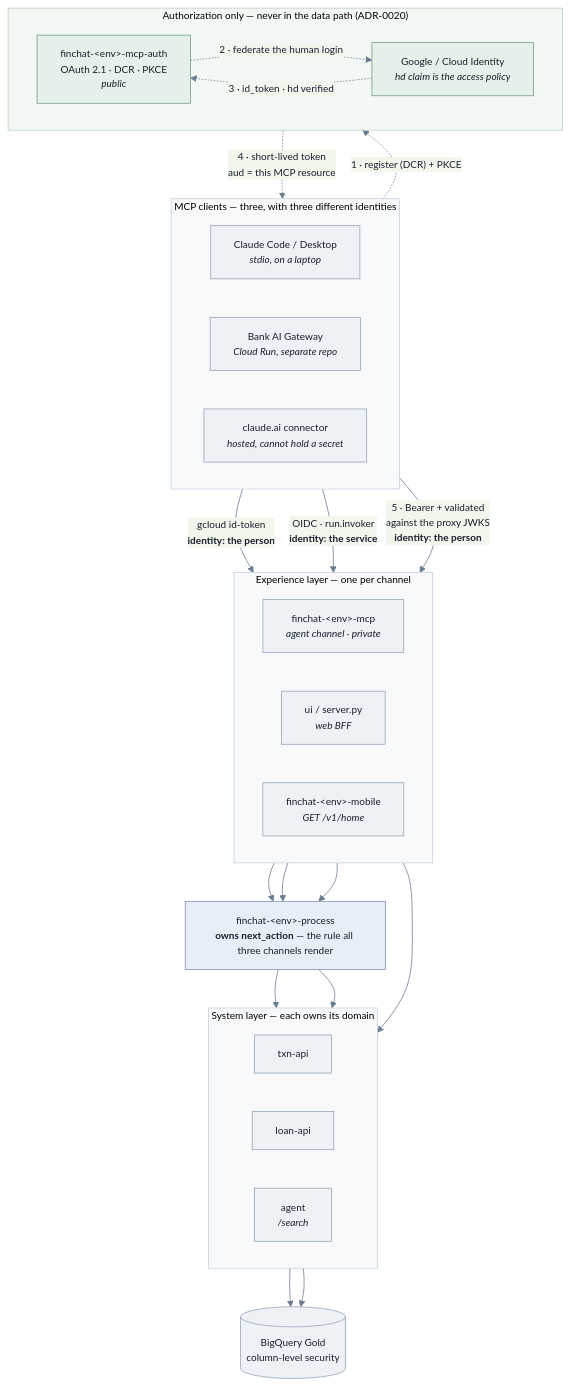
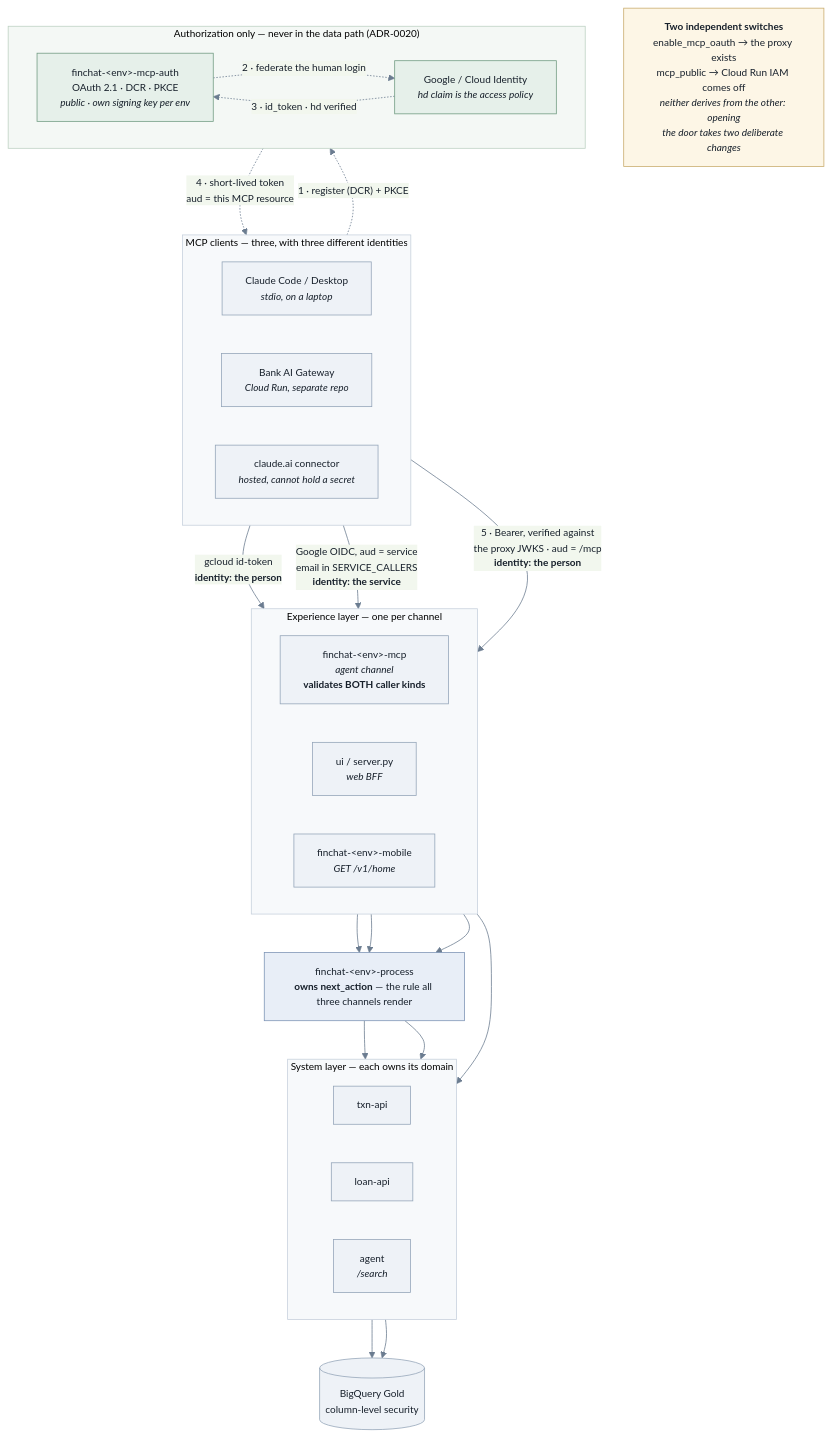
One commit to jeremydegardeyn/finchat changed the diagram in docs/diagrams/mcp-access-paths.mmd. Above: the diagram before and after it, drawn with Mermaid. The commit also changed 5 other files, not shown here.

```diff
--- a/docs/diagrams/mcp-access-paths.mmd
+++ b/docs/diagrams/mcp-access-paths.mmd
@@ -1,69 +1,73 @@
 %%{init: {"theme": "base", "themeVariables": {
   "fontFamily": "IBM Plex Sans, Segoe UI, sans-serif",
   "fontSize": "13px",
   "primaryColor": "#eef2f7", "primaryTextColor": "#17202b",
   "primaryBorderColor": "#93a4b8", "lineColor": "#6b7c90",
   "clusterBkg": "#f7f9fb", "clusterBorder": "#c6d0dc"
 }} }%%
 flowchart TB
 
   subgraph clients["MCP clients — three, with three different identities"]
     direction LR
     LOCAL["Claude Code / Desktop<br/><i>stdio, on a laptop</i>"]
     GATEWAY["Bank AI Gateway<br/><i>Cloud Run, separate repo</i>"]
     HOSTED["claude.ai connector<br/><i>hosted, cannot hold a secret</i>"]
   end
 
   subgraph authz["Authorization only — never in the data path (ADR-0020)"]
     direction LR
-    PROXY["finchat-&lt;env&gt;-mcp-auth<br/>OAuth 2.1 · DCR · PKCE<br/><i>public</i>"]
+    PROXY["finchat-&lt;env&gt;-mcp-auth<br/>OAuth 2.1 · DCR · PKCE<br/><i>public · own signing key per env</i>"]
     GOOGLE["Google / Cloud Identity<br/><i>hd claim is the access policy</i>"]
   end
 
   subgraph experience["Experience layer — one per channel"]
     direction LR
-    MCP["finchat-&lt;env&gt;-mcp<br/><i>agent channel · private</i>"]
+    MCP["finchat-&lt;env&gt;-mcp<br/><i>agent channel</i><br/><b>validates BOTH caller kinds</b>"]
     BFF["ui / server.py<br/><i>web BFF</i>"]
     MOBILE["finchat-&lt;env&gt;-mobile<br/><i>GET /v1/home</i>"]
   end
 
   PROCESS["finchat-&lt;env&gt;-process<br/><b>owns next_action</b> — the rule all three channels render"]
 
   subgraph system["System layer — each owns its domain"]
     direction LR
     TXN["txn-api"]
     LOAN["loan-api"]
     AGENT["agent<br/><i>/search</i>"]
   end
 
   GOLD[("BigQuery Gold<br/>column-level security")]
 
   %% --- authorization: once per session, then out of the way ---
   HOSTED -. "1 · register (DCR) + PKCE" .-> PROXY
   PROXY -. "2 · federate the human login" .-> GOOGLE
   GOOGLE -. "3 · id_token · hd verified" .-> PROXY
   PROXY -. "4 · short-lived token<br/>aud = this MCP resource" .-> HOSTED
 
   %% --- data: every client reaches the resource server directly ---
   LOCAL -->|"gcloud id-token<br/><b>identity: the person</b>"| MCP
-  GATEWAY -->|"OIDC · run.invoker<br/><b>identity: the service</b>"| MCP
-  HOSTED -->|"5 · Bearer + validated<br/>against the proxy JWKS<br/><b>identity: the person</b>"| MCP
+  GATEWAY -->|"Google OIDC, aud = service<br/>email in SERVICE_CALLERS<br/><b>identity: the service</b>"| MCP
+  HOSTED -->|"5 · Bearer, verified against<br/>the proxy JWKS · aud = /mcp<br/><b>identity: the person</b>"| MCP
 
   MCP --> PROCESS
   BFF --> PROCESS
   MOBILE --> PROCESS
   PROCESS --> TXN
   PROCESS --> LOAN
   MCP --> AGENT
   TXN --> GOLD
   LOAN --> GOLD
 
+  SWITCHES["<b>Two independent switches</b><br/>enable_mcp_oauth → the proxy exists<br/>mcp_public → Cloud Run IAM comes off<br/><i>neither derives from the other: opening<br/>the door takes two deliberate changes</i>"]
+
+  classDef note fill:#fdf6e6,stroke:#c8ab6b,color:#17202b
+  class SWITCHES note
   classDef proxy fill:#e6f0ea,stroke:#6f9a80,color:#17202b
   classDef rule fill:#e8eef7,stroke:#7b93b5,color:#17202b
   class PROXY,GOOGLE proxy
   class PROCESS rule
 
   style clients fill:#f7f9fb,stroke:#c6d0dc
   style authz fill:#f4f8f5,stroke:#bcd0c2
   style experience fill:#f7f9fb,stroke:#c6d0dc
   style system fill:#f7f9fb,stroke:#c6d0dc
```
